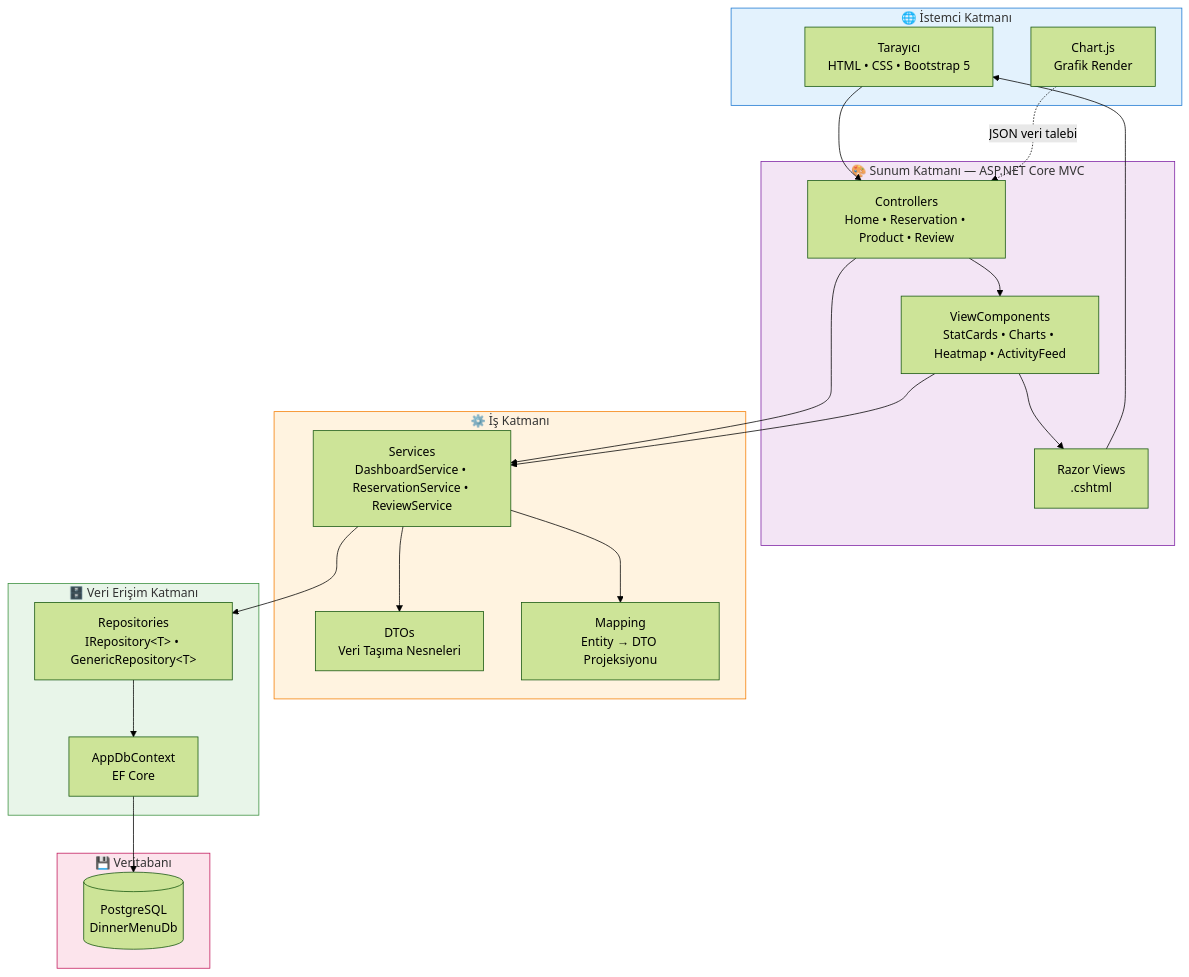
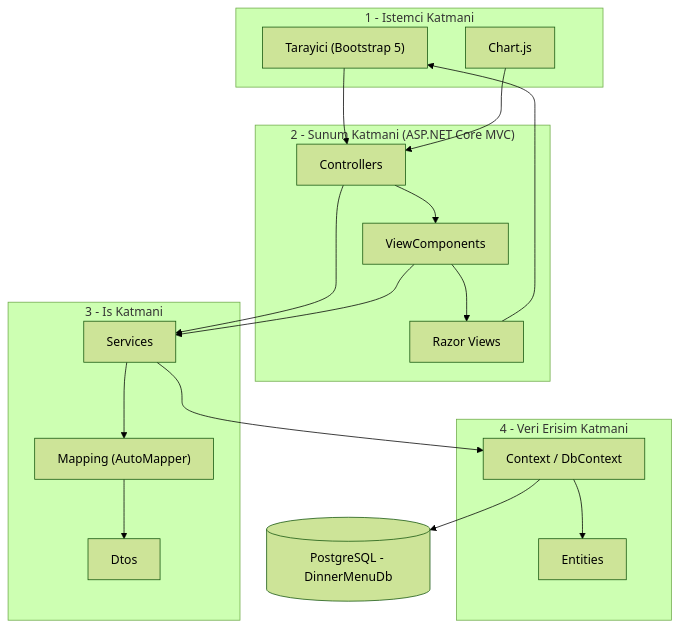
Before and after one commit to yelda-batti0/DinaRestaurant-PostgreSQL: the first of 10 diagrams in README.md, drawn with Mermaid (forest theme). The commit also changed other lines of this file, not shown here.

````diff
--- a/README.md
+++ b/README.md
@@ -175,47 +160,39 @@
 ```mermaid
 flowchart TB
-    subgraph Client["🌐 İstemci Katmanı"]
-        B["Tarayıcı<br/>HTML • CSS • Bootstrap 5"]
-        JS["Chart.js<br/>Grafik Render"]
+    subgraph L1["1 - Istemci Katmani"]
+        BR["Tarayici (Bootstrap 5)"]
+        CJ["Chart.js"]
     end
 
-    subgraph Presentation["🎨 Sunum Katmanı — ASP.NET Core MVC"]
-        CT["Controllers<br/>Home • Reservation • Product • Review"]
-        VC["ViewComponents<br/>StatCards • Charts • Heatmap • ActivityFeed"]
-        VW["Razor Views<br/>.cshtml"]
+    subgraph L2["2 - Sunum Katmani (ASP.NET Core MVC)"]
+        CT["Controllers"]
+        VC["ViewComponents"]
+        VW["Razor Views"]
     end
 
-    subgraph Application["⚙️ İş Katmanı"]
-        SV["Services<br/>DashboardService • ReservationService • ReviewService"]
-        DTO["DTOs<br/>Veri Taşıma Nesneleri"]
-        MP["Mapping<br/>Entity → DTO Projeksiyonu"]
+    subgraph L3["3 - Is Katmani"]
+        SV["Services"]
+        DTO["Dtos"]
+        MP["Mapping (AutoMapper)"]
     end
 
-    subgraph Data["🗄️ Veri Erişim Katmanı"]
-        RP["Repositories<br/>IRepository&lt;T&gt; • GenericRepository&lt;T&gt;"]
-        CX["AppDbContext<br/>EF Core"]
+    subgraph L4["4 - Veri Erisim Katmani"]
+        CX["Context / DbContext"]
+        EN["Entities"]
     end
 
-    subgraph Database["💾 Veritabanı"]
-        PG[("PostgreSQL<br/>DinnerMenuDb")]
-    end
+    DB[("PostgreSQL - DinnerMenuDb")]
 
-    B --> CT
-    JS -.->|"JSON veri talebi"| CT
+    BR --> CT
+    CJ --> CT
     CT --> VC
     VC --> VW
-    VW --> B
+    VW --> BR
     CT --> SV
     VC --> SV
-    SV --> DTO
     SV --> MP
-    SV --> RP
-    RP --> CX
-    CX --> PG
-
-    style Client fill:#e3f2fd,stroke:#1976d2
-    style Presentation fill:#f3e5f5,stroke:#7b1fa2
-    style Application fill:#fff3e0,stroke:#f57c00
-    style Data fill:#e8f5e9,stroke:#388e3c
-    style Database fill:#fce4ec,stroke:#c2185b
+    MP --> DTO
+    SV --> CX
+    CX --> EN
+    CX --> DB
 ```
````
